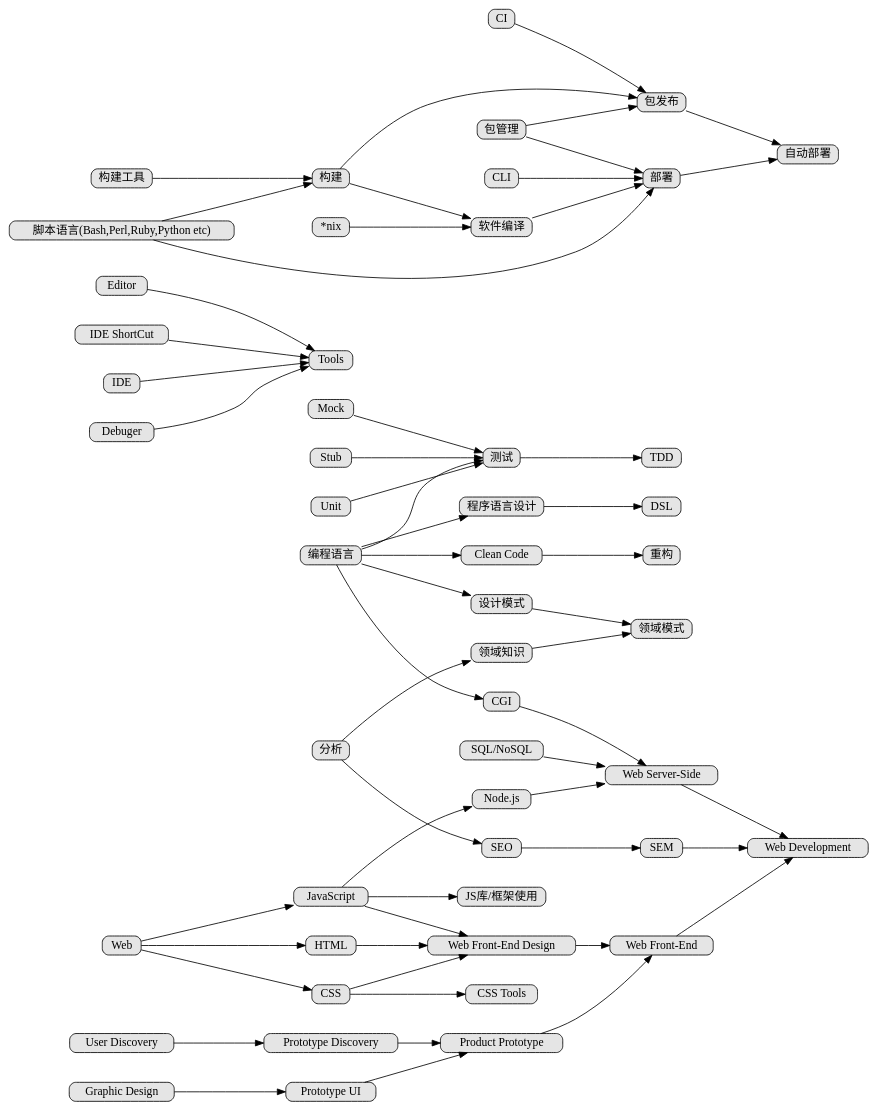
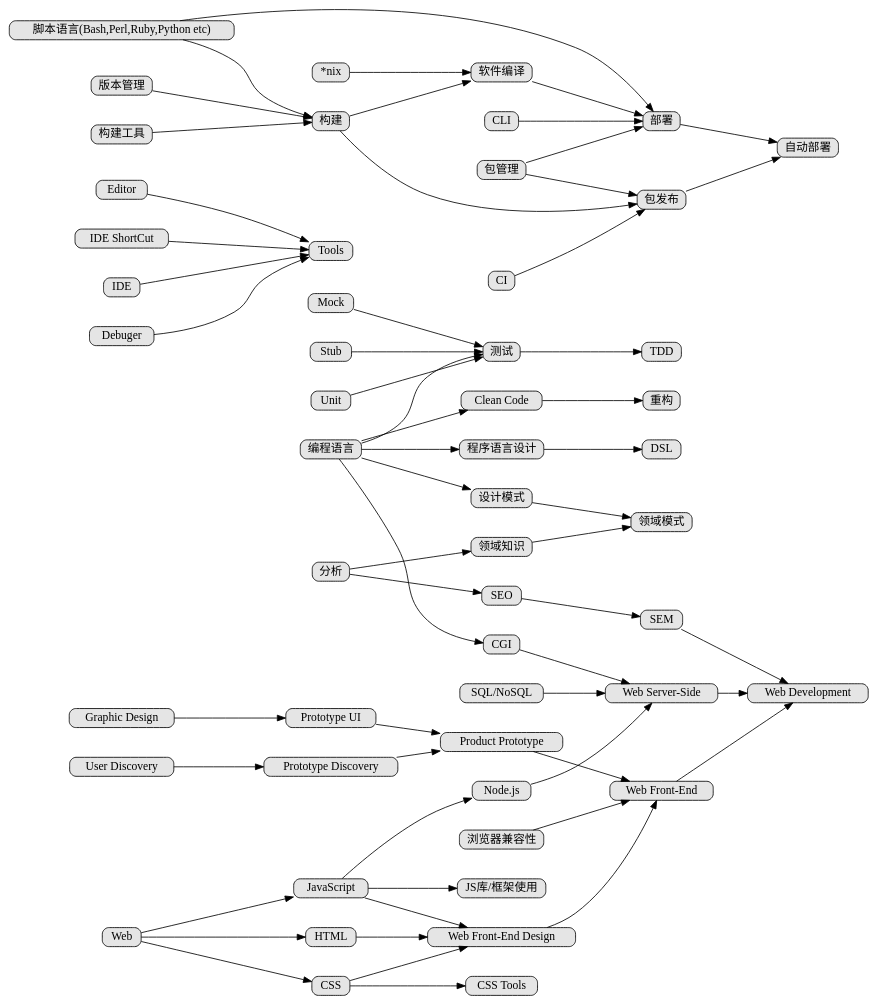
Before and after one commit to phodal/developer: the diagram in tree.dot, drawn with Graphviz.

Commit message:
Add version manage & browser

```diff
--- a/tree.dot
+++ b/tree.dot
@@ -1,56 +1,58 @@
 digraph tree
 {
     nodesep=0.5;
     charset="UTF-8";
     rankdir=LR;
     fixedsize=true;
     node [style="rounded,filled", width=0, height=0, shape=box, fillcolor="#E5E5E5", concentrate=true]
 
     "编程语言" -> "CGI"
     "CGI" -> "Web Server-Side"
     Web -> "JavaScript" -> "Web Front-End Design"
     Web -> "HTML" -> "Web Front-End Design"
     Web -> "CSS" -> "Web Front-End Design"
     "Graphic Design" -> "Prototype UI" -> "Product Prototype"
     "User Discovery" -> "Prototype Discovery" -> "Product Prototype"
     "Web Front-End Design" -> "Web Front-End"
+    "浏览器兼容性" -> "Web Front-End"
     "Product Prototype" -> "Web Front-End"
     "SEM" -> "Web Development"
 
     "CSS" -> "CSS Tools"
     "JavaScript" -> "Node.js" -> "Web Server-Side"
     "JavaScript" -> "JS库/框架使用"
     "SQL/NoSQL" -> "Web Server-Side"
     "Web Server-Side" -> "Web Development"
     "Web Front-End" -> "Web Development"
 
     "编程语言" -> "设计模式" -> "领域模式"
     "编程语言" -> "测试"
     "测试" -> "TDD"
     "Mock" -> "测试"
     "Stub" -> "测试"
     "Unit" -> "测试"
     "编程语言" -> "Clean Code"
     "Clean Code" -> "重构"
     "分析" -> "领域知识" -> "领域模式"
     "分析" -> "SEO" -> "SEM"
     "编程语言" -> "程序语言设计" -> "DSL"
 
     "Editor" -> "Tools"
     "IDE ShortCut" -> "Tools"
     "IDE" -> "Tools"
     "Debuger" -> "Tools"
 
     "包管理" -> "部署"
+    "版本管理" -> "构建"
     "CI" -> "包发布"
     "构建工具" -> "构建"
     "构建" -> "包发布"
     "部署" -> "自动部署"
     "包管理" -> "包发布" -> "自动部署"
     "CLI" -> "部署"
     "脚本语言(Bash,Perl,Ruby,Python etc)" -> "部署"
     "脚本语言(Bash,Perl,Ruby,Python etc)" -> "构建"
     "*nix" -> "软件编译" -> "部署"
     "构建" -> "软件编译"
 
 }
```
